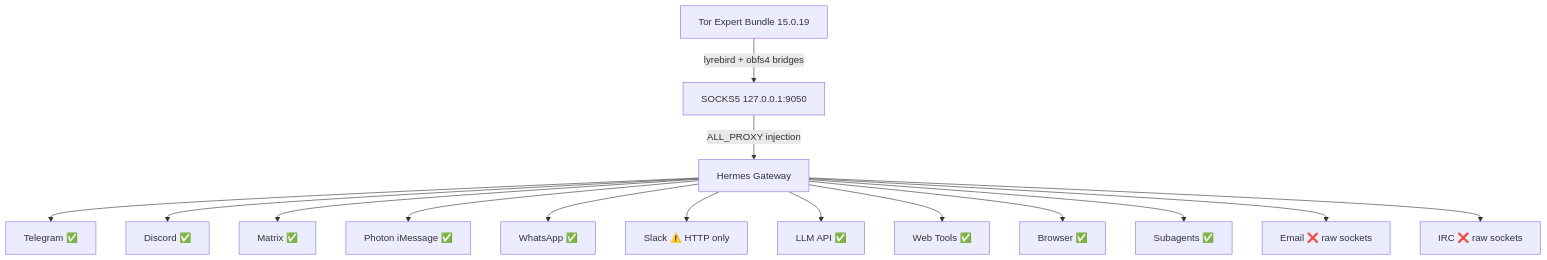
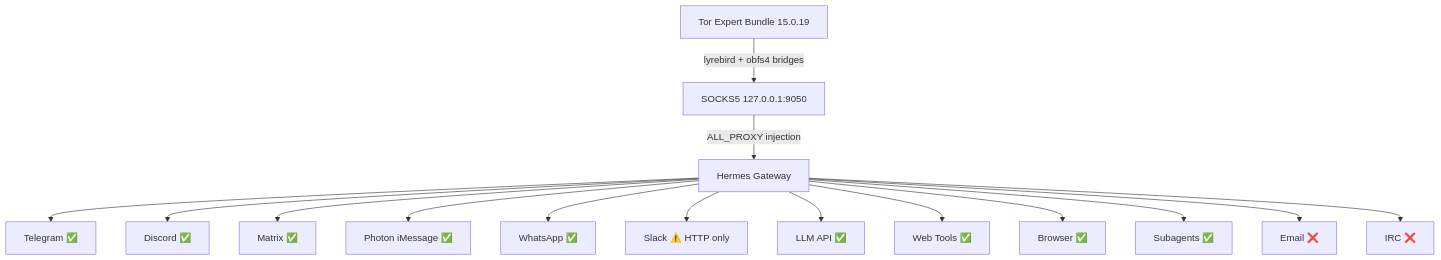
One commit to andrexibiza/darkloom changed the diagram in README.md. Above: the diagram before and after it, drawn with Mermaid. The commit also changed other lines of this file, not shown here.

````diff
--- a/README.md
+++ b/README.md
@@ -44,17 +86,17 @@
 ```mermaid
 flowchart TD
     A[Tor Expert Bundle 15.0.19] -->|lyrebird + obfs4 bridges| B[SOCKS5 127.0.0.1:9050]
     B -->|ALL_PROXY injection| C[Hermes Gateway]
     C --> D[Telegram ✅]
     C --> E[Discord ✅]
     C --> F[Matrix ✅]
     C --> G[Photon iMessage ✅]
     C --> H[WhatsApp ✅]
     C --> I[Slack ⚠️ HTTP only]
     C --> J[LLM API ✅]
     C --> K[Web Tools ✅]
     C --> L[Browser ✅]
     C --> M[Subagents ✅]
-    C --> N[Email ❌ raw sockets]
-    C --> O[IRC ❌ raw sockets]
+    C --> N[Email ❌]
+    C --> O[IRC ❌]
 ```
````
